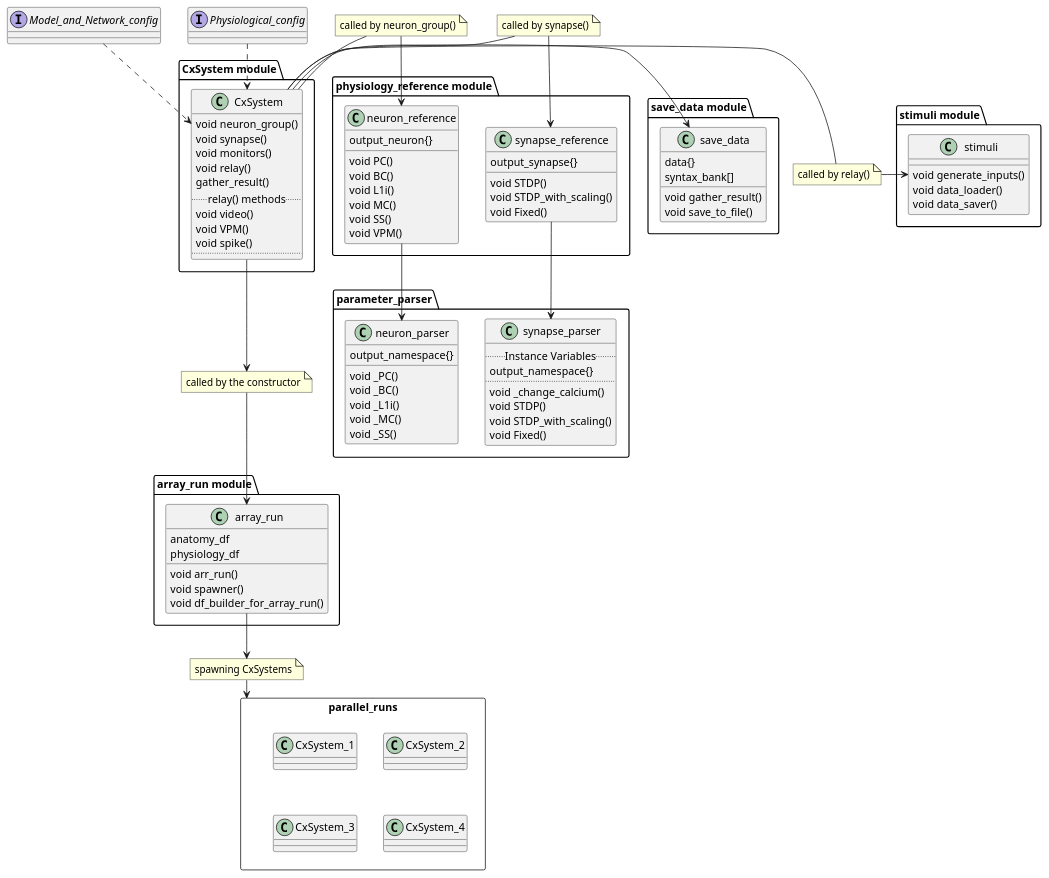
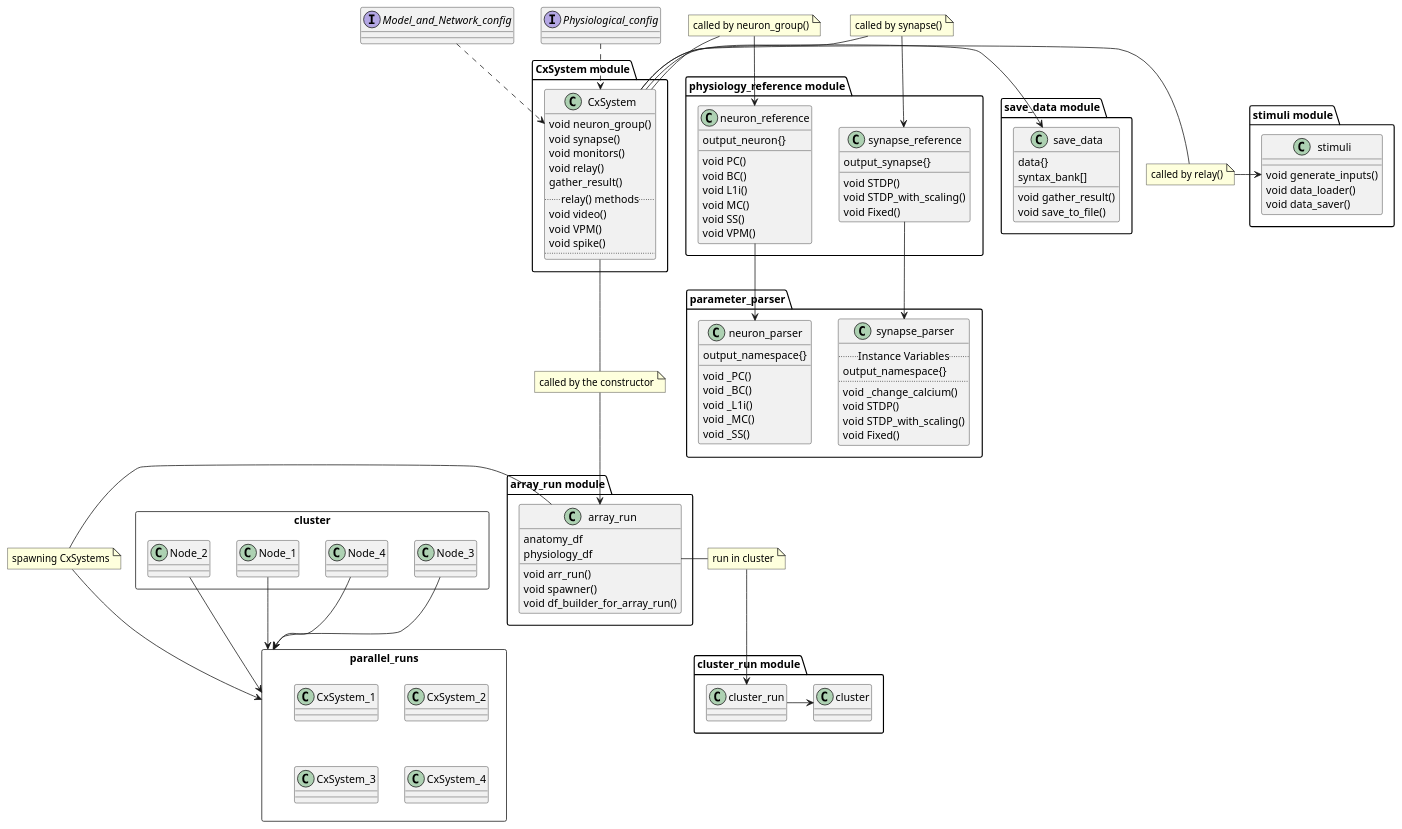
The diagram in docs/main_uml.puml (VisualNeuroscience-UH/CxSystem), drawn with PlantUML before and after one commit. The commit also changed 2 other files, not shown here.

Commit message:
main uml updated

```diff
--- a/docs/main_uml.puml
+++ b/docs/main_uml.puml
@@ -1,117 +1,138 @@
 @startuml
 
 note "called by neuron_group()" as N1
 note "called by synapse()" as N2
 note "called by relay()" as N3
 note "called by the constructor" as N4
 note "spawning CxSystems" as N5
+note "run in cluster" as N6
 
 package "CxSystem module"{
 class CxSystem {
 void neuron_group()
 void synapse()
 void monitors()
 void relay()
 gather_result()
 .. relay() methods ..
 void video()
 void VPM()
 void spike()
 ..
 }
 
 }
 
 package "physiology_reference module"{
 class neuron_reference{
 output_neuron{}
 void PC()
 void BC()
 void L1i()
 void MC()
 void SS()
 void VPM()
 }
 
 class synapse_reference{
 output_synapse{}
 void STDP()
 void STDP_with_scaling()
 void Fixed()
 }
 synapse_reference <-up- N2
 N2 -- CxSystem
 neuron_reference <-up- N1
 N1 -- CxSystem
 
 }
 
 package "parameter_parser" {
 class "synapse_parser"{
 .. Instance Variables ..
 output_namespace{}
 ....
 void _change_calcium()
 void STDP()
 void STDP_with_scaling()
 void Fixed()
 }
 class "neuron_parser"{
 
 output_namespace{}
 void _PC()
 void _BC()
 void _L1i()
 void _MC()
 void _SS()
 }
 neuron_parser <-up- neuron_reference
 synapse_parser <-up- synapse_reference
 }
 
 package "save_data module"{
 class save_data {
 data{}
 syntax_bank[]
 void gather_result()
 void save_to_file()
 }
 CxSystem-left->save_data
 }
 package "stimuli module" {
 class stimuli {
 void generate_inputs()
 void data_loader()
 void data_saver()
 }
 CxSystem-right-N3
 N3-right->stimuli
 }
 
 
 package parallel_runs <<Rectangle>>  {
     class CxSystem_1
     class CxSystem_2
     class CxSystem_3
     class CxSystem_4
 
 
 }
 package "array_run module" {
 class array_run{
 anatomy_df
 physiology_df
 void arr_run()
 void spawner()
 void df_builder_for_array_run()
 }
-CxSystem-down->N4
+CxSystem-down-N4
 N4-down->array_run
-array_run -down->N5
+array_run-left-N5
 N5 -down-> parallel_runs
 }
+package "cluster_run module" {
+class cluster_run{
+}
+array_run-right-N6
+N6-down->cluster_run
+cluster_run->cluster
+}
+
+package cluster <<Rectangle>>  {
+    class Node_1
+    class Node_2
+    class Node_3
+    class Node_4
+Node_1-down->parallel_runs
+Node_2-down->parallel_runs
+Node_3-down->parallel_runs
+Node_4-down->parallel_runs
+}
+
+
 interface Model_and_Network_config
 interface Physiological_config
 Physiological_config ..> CxSystem
 Model_and_Network_config ..> CxSystem
 @enduml
```
